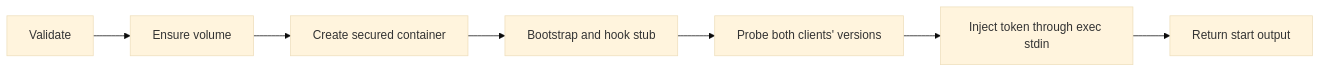
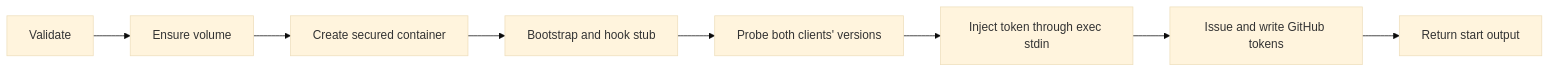
Before and after one commit to ophis/agent-pm: the diagram in docs/docker-broker-protocol.md, drawn with Mermaid (base theme). The commit also changed other lines of this file and 60 other files, not shown here.

First line of the commit message:
TASK-635: broker 签发 换发 撤销 GitHub App 安装 token 容器内取用 (#400)

````diff
--- a/docs/docker-broker-protocol.md
+++ b/docs/docker-broker-protocol.md
@@ -114,9 +120,10 @@
 ```mermaid
 flowchart LR
     V[Validate] --> W[Ensure volume]
     W --> C[Create secured container]
     C --> B[Bootstrap and hook stub]
     B --> P[Probe both clients' versions]
     P --> T[Inject token through exec stdin]
-    T --> O[Return start output]
+    T --> G[Issue and write GitHub tokens]
+    G --> O[Return start output]
 ```
````
